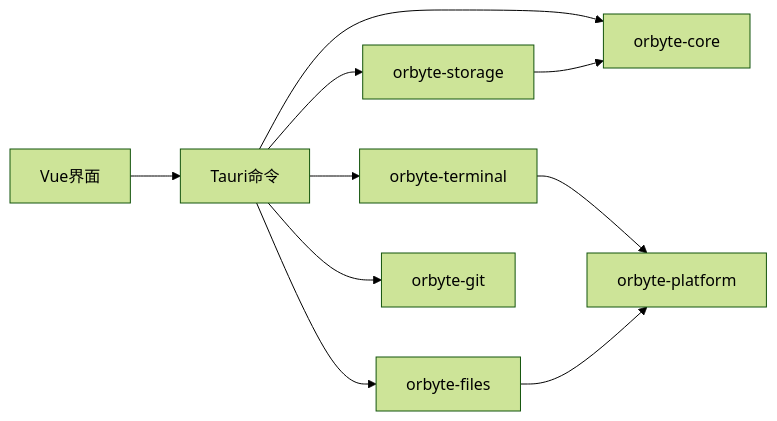
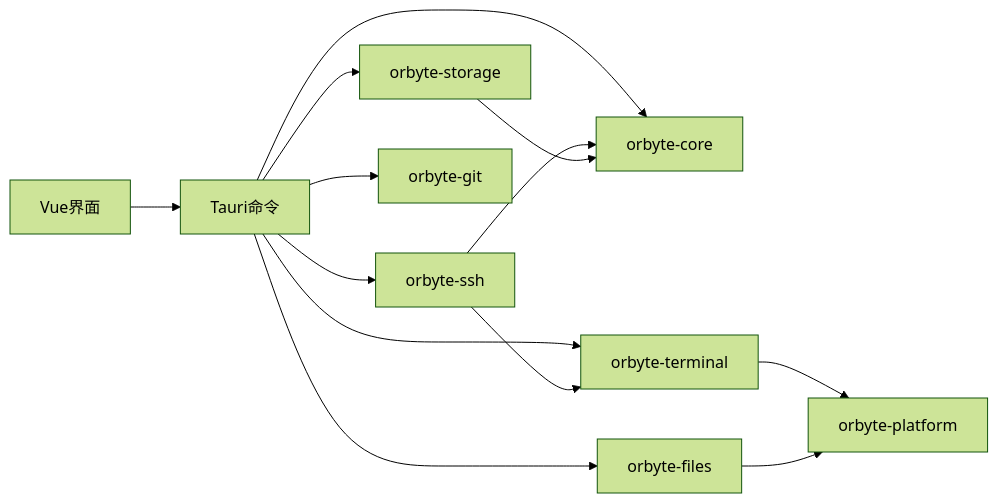
Before and after one commit to jaswtao/Orbyte: the diagram in doc/project-structure.md, drawn with Mermaid (forest theme). The commit also changed other lines of this file and 118 other files, not shown here.

First line of the commit message:
Add SSH and SFTP workspaces and improve terminal output handling

````diff
--- a/doc/project-structure.md
+++ b/doc/project-structure.md
@@ -30,12 +30,15 @@
 ```mermaid
 flowchart LR
   vueUi[Vue界面] --> tauriHost[Tauri命令]
   tauriHost --> core[orbyte-core]
   tauriHost --> storage[orbyte-storage]
   tauriHost --> terminal[orbyte-terminal]
+  tauriHost --> ssh[orbyte-ssh]
   tauriHost --> files[orbyte-files]
   tauriHost --> git[orbyte-git]
   terminal --> platform[orbyte-platform]
+  ssh --> terminal
+  ssh --> core
   files --> platform
   storage --> core
 ```
````
